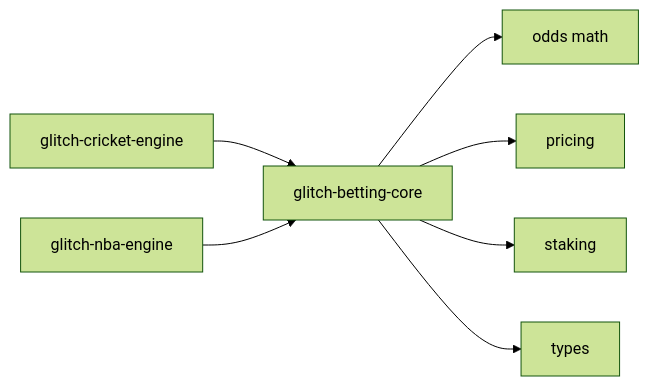
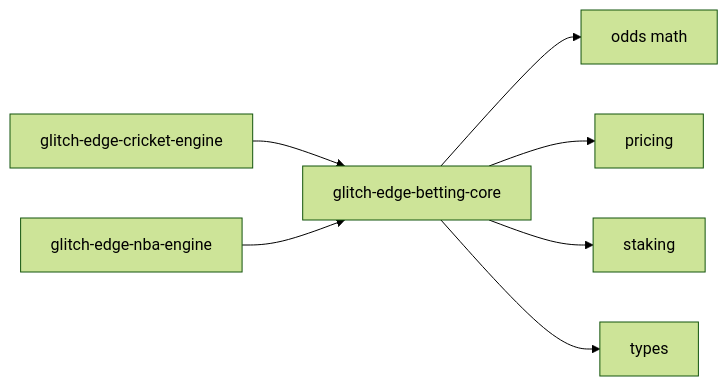
The second of 2 diagrams in README.md (floating-astronaut/glitch-edge-betting-core), drawn with Mermaid (forest theme) before and after one commit. The commit also changed other lines of this file and 1 other file, not shown here.

````diff
--- a/README.md
+++ b/README.md
@@ -58,9 +58,9 @@
 ```mermaid
 flowchart LR
-    A[glitch-cricket-engine] --> C[glitch-betting-core]
-    B[glitch-nba-engine] --> C
+    A[glitch-edge-cricket-engine] --> C[glitch-edge-betting-core]
+    B[glitch-edge-nba-engine] --> C
     C --> D[odds math]
     C --> E[pricing]
     C --> F[staking]
     C --> G[types]
 ```
````
